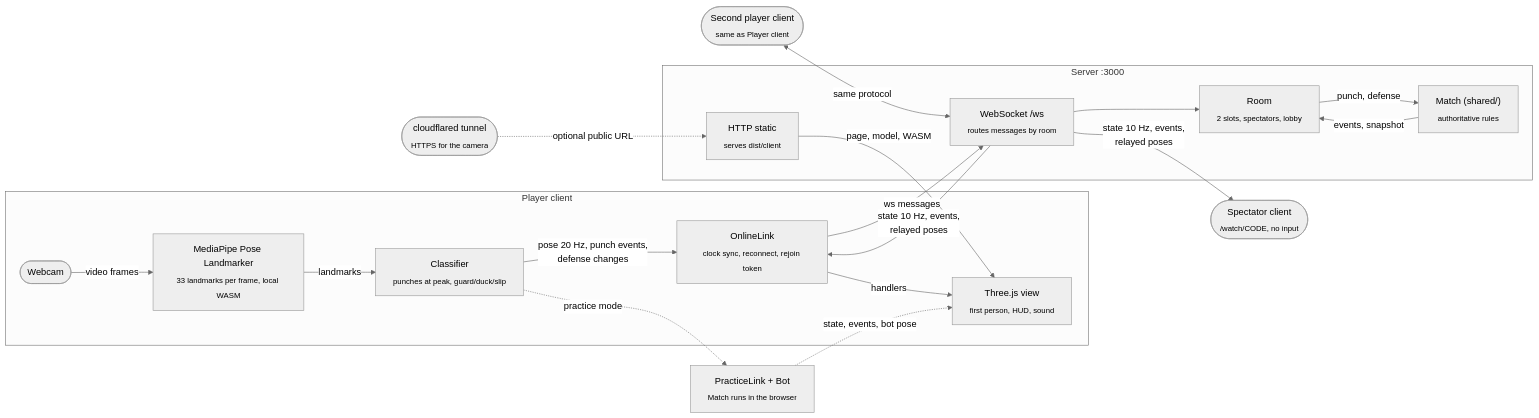
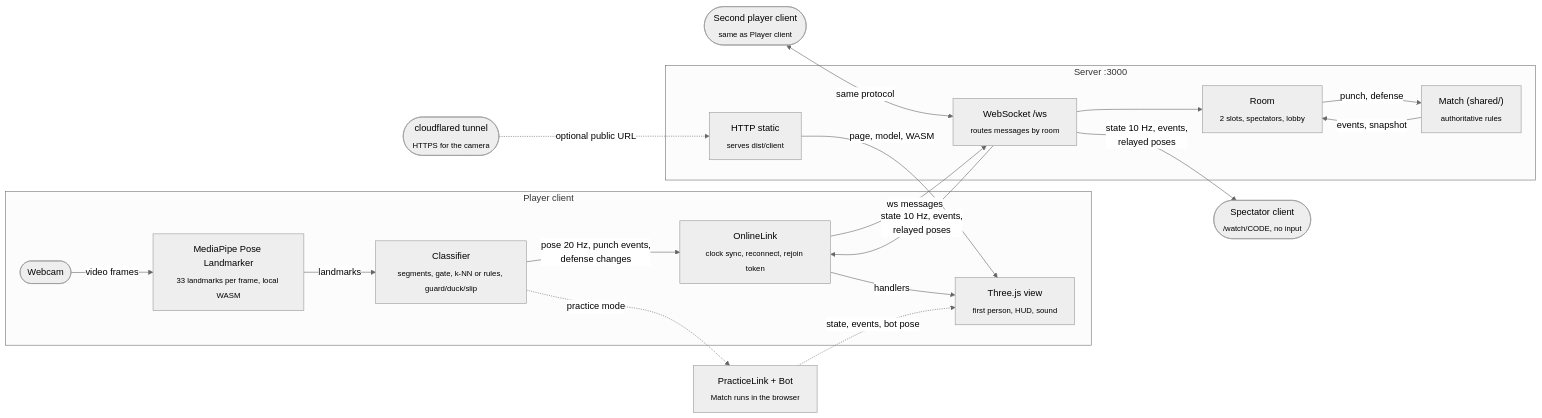
Before and after one commit to teddycitrus/shadow-box: the first of 3 diagrams in README.md, drawn with Mermaid (neutral theme). The commit also changed other lines of this file and 7 other files, not shown here.

````diff
--- a/README.md
+++ b/README.md
@@ -65,36 +70,36 @@
 ```mermaid
 flowchart LR
   subgraph PA["Player client"]
     Cam(["Webcam"])
     MP["MediaPipe Pose Landmarker<br/><sub>33 landmarks per frame, local WASM</sub>"]
-    CL["Classifier<br/><sub>punches at peak, guard/duck/slip</sub>"]
+    CL["Classifier<br/><sub>segments, gate, k-NN or rules, guard/duck/slip</sub>"]
     Link["OnlineLink<br/><sub>clock sync, reconnect, rejoin token</sub>"]
     View["Three.js view<br/><sub>first person, HUD, sound</sub>"]
   end
   subgraph SV["Server :3000"]
     HTTP["HTTP static<br/><sub>serves dist/client</sub>"]
     WS["WebSocket /ws<br/><sub>routes messages by room</sub>"]
     Room["Room<br/><sub>2 slots, spectators, lobby</sub>"]
     Match["Match (shared/)<br/><sub>authoritative rules</sub>"]
   end
   PB(["Second player client<br/><sub>same as Player client</sub>"])
   Spec(["Spectator client<br/><sub>/watch/CODE, no input</sub>"])
   Tun(["cloudflared tunnel<br/><sub>HTTPS for the camera</sub>"])
   Bot["PracticeLink + Bot<br/><sub>Match runs in the browser</sub>"]
 
   Cam -->|"video frames"| MP
   MP -->|"landmarks"| CL
   CL -->|"pose 20 Hz, punch events,<br/>defense changes"| Link
   Link -->|"ws messages"| WS
   WS --> Room
   Room -->|"punch, defense"| Match
   Match -->|"events, snapshot"| Room
   WS -->|"state 10 Hz, events,<br/>relayed poses"| Link
   Link -->|"handlers"| View
   PB <-->|"same protocol"| WS
   WS -->|"state 10 Hz, events,<br/>relayed poses"| Spec
   HTTP -->|"page, model, WASM"| View
   Tun -.->|"optional public URL"| HTTP
   CL -.->|"practice mode"| Bot
   Bot -.->|"state, events, bot pose"| View
 ```
````
